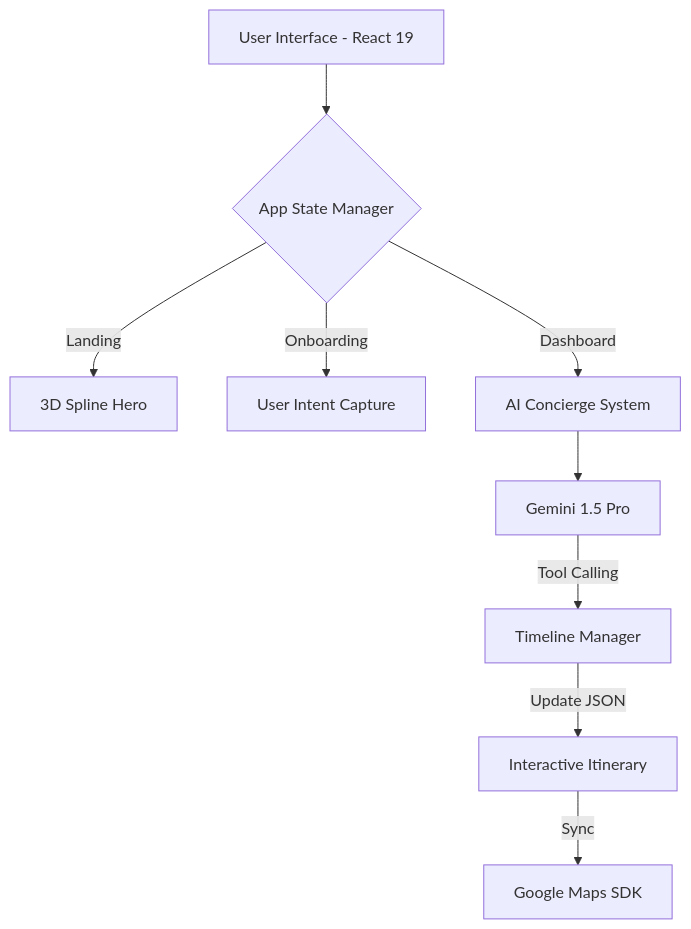
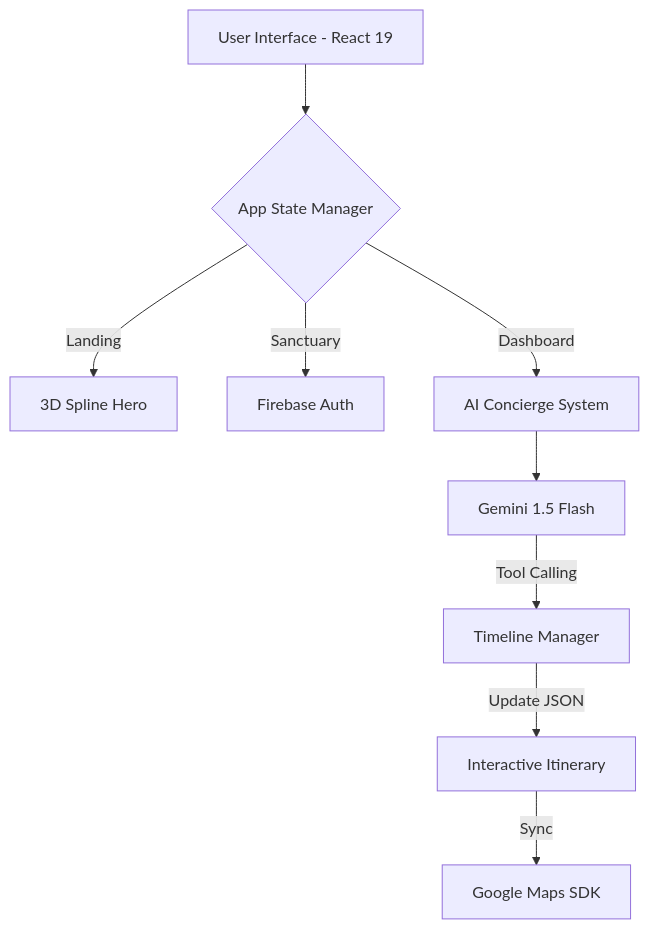
Before and after one commit to Hackmaass/Veyra: the first of 2 diagrams in README.md, drawn with Mermaid. The commit also changed other lines of this file and 1 other file, not shown here.

Commit message:
docs: update readme with firebase architecture and set site metadata

````diff
--- a/README.md
+++ b/README.md
@@ -44,12 +48,12 @@
 ```mermaid
 graph TD
     A[User Interface - React 19] --> B{App State Manager}
     B -->|Landing| C[3D Spline Hero]
-    B -->|Onboarding| D[User Intent Capture]
+    B -->|Sanctuary| L[Firebase Auth]
     B -->|Dashboard| E[AI Concierge System]
     
-    E --> F[Gemini 1.5 Pro]
+    E --> F[Gemini 1.5 Flash]
     F -->|Tool Calling| G[Timeline Manager]
     G -->|Update JSON| H[Interactive Itinerary]
     H -->|Sync| I[Google Maps SDK]
 ```
````
